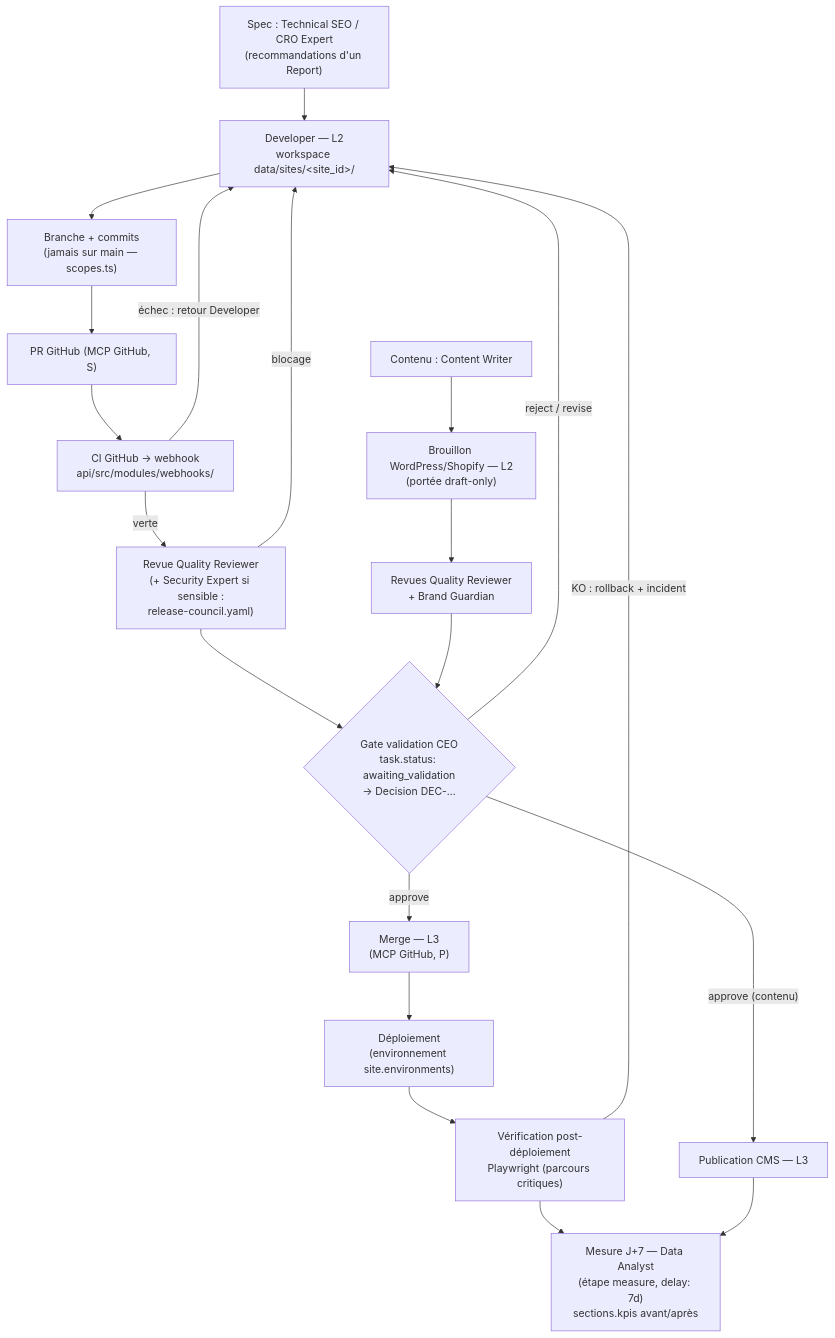
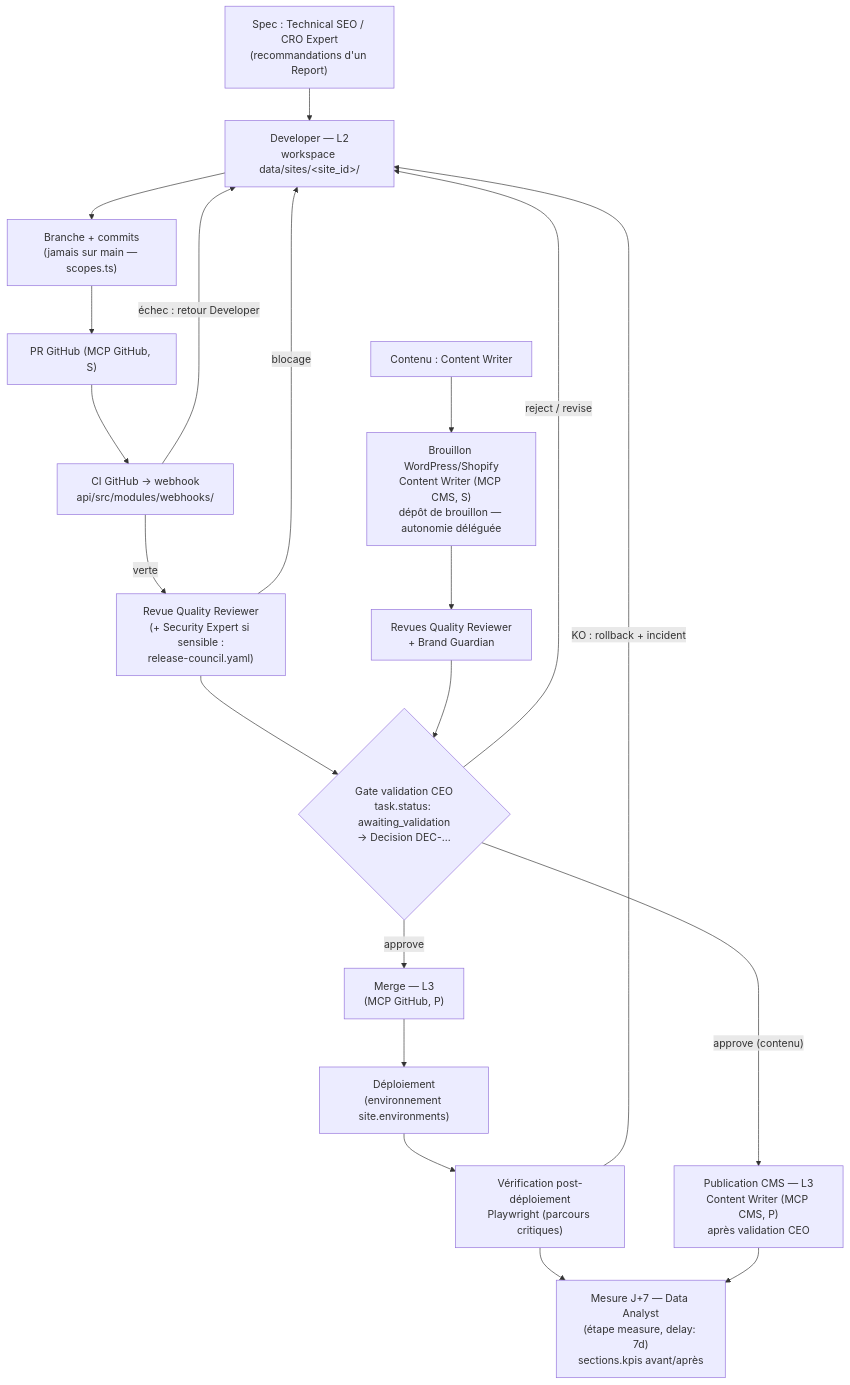
One commit to SammirAL/Master changed the third of 3 diagrams in agency-os/docs/05-flux-de-donnees.md. Above: the diagram before and after it, drawn with Mermaid. The commit also changed other lines of this file and 12 other files, not shown here.

````diff
--- a/agency-os/docs/05-flux-de-donnees.md
+++ b/agency-os/docs/05-flux-de-donnees.md
@@ -157,23 +162,23 @@
 ```mermaid
 flowchart TB
     SPEC["Spec : Technical SEO / CRO Expert<br/>(recommandations d'un Report)"] --> DEV["Developer — L2<br/>workspace data/sites/&lt;site_id&gt;/"]
     DEV --> BR["Branche + commits<br/>(jamais sur main — scopes.ts)"]
     BR --> PR["PR GitHub (MCP GitHub, S)"]
     PR --> CI["CI GitHub → webhook<br/>api/src/modules/webhooks/"]
     CI -->|"échec : retour Developer"| DEV
     CI -->|"verte"| QR["Revue Quality Reviewer<br/>(+ Security Expert si sensible :<br/>release-council.yaml)"]
     QR -->|"blocage"| DEV
     QR --> GATE{"Gate validation CEO<br/>task.status: awaiting_validation<br/>→ Decision DEC-…"}
     GATE -->|"reject / revise"| DEV
     GATE -->|"approve"| MERGE["Merge — L3<br/>(MCP GitHub, P)"]
     MERGE --> DEPLOY["Déploiement<br/>(environnement site.environments)"]
     DEPLOY --> CHECK["Vérification post-déploiement<br/>Playwright (parcours critiques)"]
     CHECK -->|"KO : rollback + incident"| DEV
     CHECK --> J7["Mesure J+7 — Data Analyst<br/>(étape measure, delay: 7d)<br/>sections.kpis avant/après"]
 
-    SPEC2["Contenu : Content Writer"] --> DRAFT["Brouillon WordPress/Shopify — L2<br/>(portée draft-only)"]
+    SPEC2["Contenu : Content Writer"] --> DRAFT["Brouillon WordPress/Shopify<br/>Content Writer (MCP CMS, S)<br/>dépôt de brouillon — autonomie déléguée"]
     DRAFT --> REV["Revues Quality Reviewer<br/>+ Brand Guardian"]
     REV --> GATE
-    GATE -->|"approve (contenu)"| PUB["Publication CMS — L3"]
+    GATE -->|"approve (contenu)"| PUB["Publication CMS — L3<br/>Content Writer (MCP CMS, P)<br/>après validation CEO"]
     PUB --> J7
 ```
````
